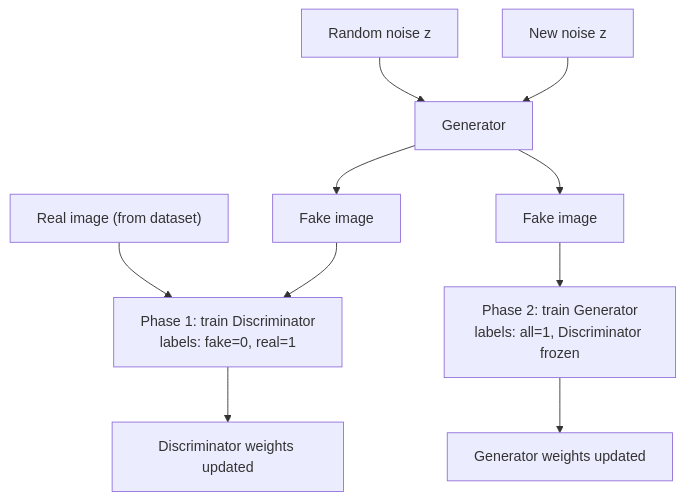
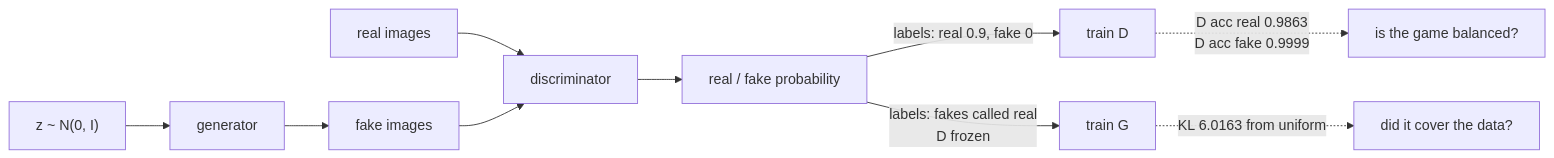
One commit to Ravikisha/PythonCentralHub changed the diagram in src/content/docs/Deep Learning/Phase 06 - Generative Deep Learning/Generative Adversarial Networks (GANs).mdx. Above: the diagram before and after it, drawn with Mermaid. The commit also changed other lines of this file and 626 other files, not shown here.

````diff
--- a/src/content/docs/Deep Learning/Phase 06 - Generative Deep Learning/Generative Adversarial Networks (GANs).mdx
+++ b/src/content/docs/Deep Learning/Phase 06 - Generative Deep Learning/Generative Adversarial Networks (GANs).mdx
@@ -48,12 +62,12 @@
-```mermaid title="The two-phase GAN training loop" desc="Each step alternates between teaching the discriminator to spot fakes and teaching the generator to fool it."
-flowchart TD
-  Z["Random noise z"] --> G["Generator"]
-  G --> F["Fake image"]
-  R["Real image (from dataset)"] --> P1
-  F --> P1["Phase 1: train Discriminator<br/>labels: fake=0, real=1"]
-  P1 --> DU["Discriminator weights updated"]
-  Z2["New noise z"] --> G
-  G --> F2["Fake image"]
-  F2 --> P2["Phase 2: train Generator<br/>labels: all=1, Discriminator frozen"]
-  P2 --> GU["Generator weights updated"]
+```mermaid
+flowchart LR
+  Z["z ~ N(0, I)"] --> G["generator"]
+  G --> F["fake images"]
+  X["real images"] --> D["discriminator"]
+  F --> D
+  D --> R["real / fake probability"]
+  R -->|"labels: real 0.9, fake 0"| DL["train D"]
+  R -->|"labels: fakes called real<br/>D frozen"| GL["train G"]
+  DL -.->|"D acc real 0.9863<br/>D acc fake 0.9999"| B["is the game balanced?"]
+  GL -.->|"KL 6.0163 from uniform"| M["did it cover the data?"]
 ```
````
